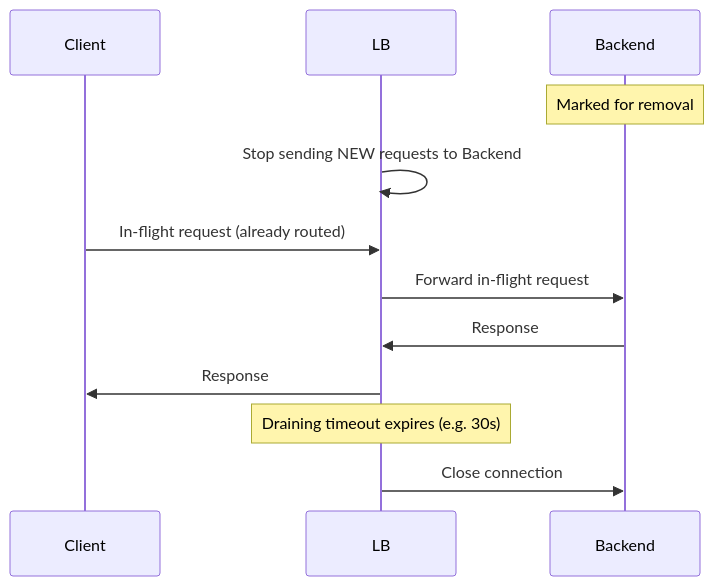
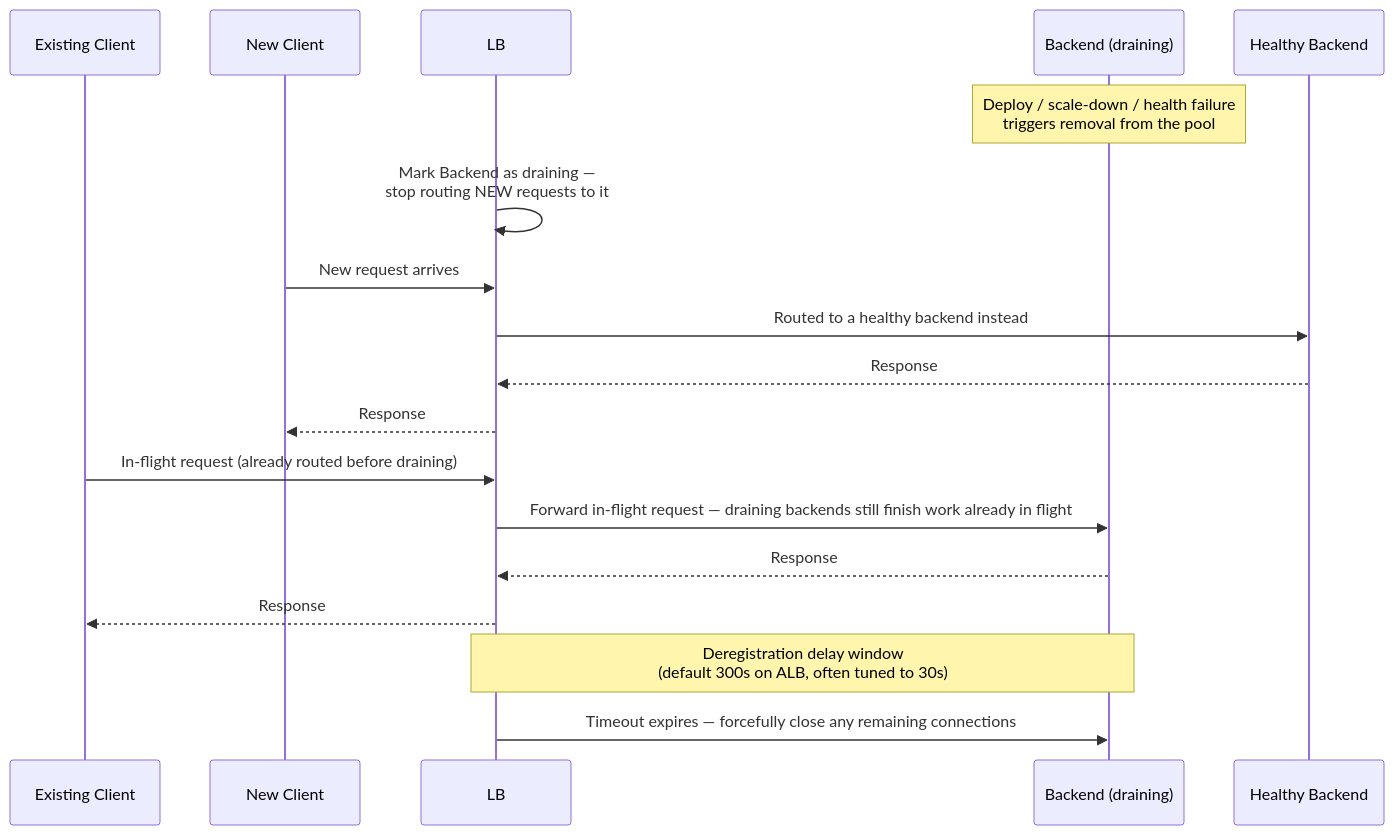
One commit to deepanshu-rawat6/DevOpsIndex changed the second of 5 diagrams in networking/load-balancers.md. Above: the diagram before and after it, drawn with Mermaid. The commit also changed other lines of this file and 8 other files, not shown here.

````diff
--- a/networking/load-balancers.md
+++ b/networking/load-balancers.md
@@ -157,15 +214,23 @@
 ```mermaid
 sequenceDiagram
-    participant Client
+    participant Client as Existing Client
+    participant NewClient as New Client
     participant LB
-    participant Backend
+    participant Backend as Backend (draining)
+    participant Healthy as Healthy Backend
 
-    Note over Backend: Marked for removal
-    LB->>LB: Stop sending NEW requests to Backend
-    Client->>LB: In-flight request (already routed)
-    LB->>Backend: Forward in-flight request
-    Backend->>LB: Response
-    LB->>Client: Response
-    Note over LB: Draining timeout expires (e.g. 30s)
-    LB->>Backend: Close connection
+    Note over Backend: Deploy / scale-down / health failure<br/>triggers removal from the pool
+    LB->>LB: Mark Backend as draining —<br/>stop routing NEW requests to it
+    NewClient->>LB: New request arrives
+    LB->>Healthy: Routed to a healthy backend instead
+    Healthy-->>LB: Response
+    LB-->>NewClient: Response
+
+    Client->>LB: In-flight request (already routed before draining)
+    LB->>Backend: Forward in-flight request — draining backends still finish work already in flight
+    Backend-->>LB: Response
+    LB-->>Client: Response
+
+    Note over LB,Backend: Deregistration delay window<br/>(default 300s on ALB, often tuned to 30s)
+    LB->>Backend: Timeout expires — forcefully close any remaining connections
 ```
````
